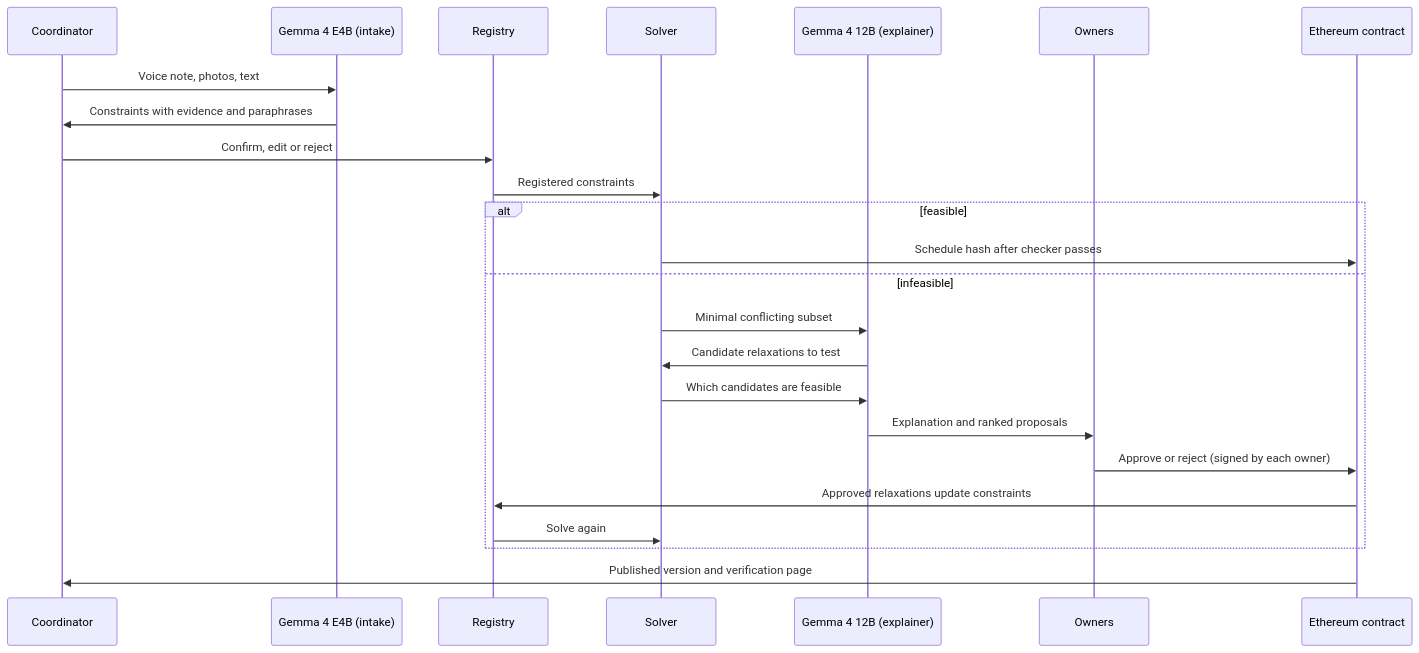
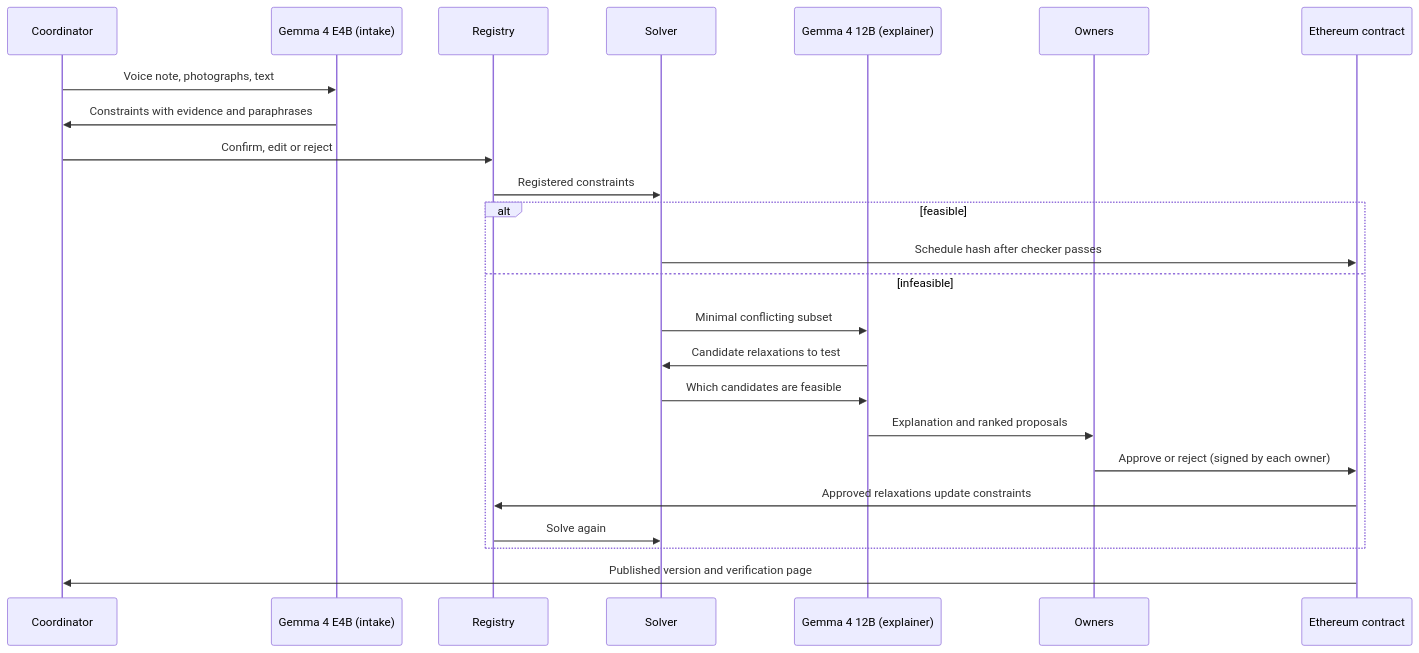
Before and after one commit to ANUJ760/PhishTank: the third of 3 diagrams in README.md, drawn with Mermaid. The commit also changed other lines of this file, not shown here.

First line of the commit message:
docs: formalize technical architecture and roadmap sections

````diff
--- a/README.md
+++ b/README.md
@@ -286,26 +286,26 @@
 ```mermaid
 sequenceDiagram
     participant C as Coordinator
     participant G as Gemma 4 E4B (intake)
     participant R as Registry
     participant S as Solver
     participant X as Gemma 4 12B (explainer)
     participant O as Owners
     participant E as Ethereum contract
-    C->>G: Voice note, photos, text
+    C->>G: Voice note, photographs, text
     G->>C: Constraints with evidence and paraphrases
     C->>R: Confirm, edit or reject
     R->>S: Registered constraints
     alt feasible
         S->>E: Schedule hash after checker passes
     else infeasible
         S->>X: Minimal conflicting subset
         X->>S: Candidate relaxations to test
         S->>X: Which candidates are feasible
         X->>O: Explanation and ranked proposals
         O->>E: Approve or reject (signed by each owner)
         E->>R: Approved relaxations update constraints
         R->>S: Solve again
     end
     E->>C: Published version and verification page
 ```
````
